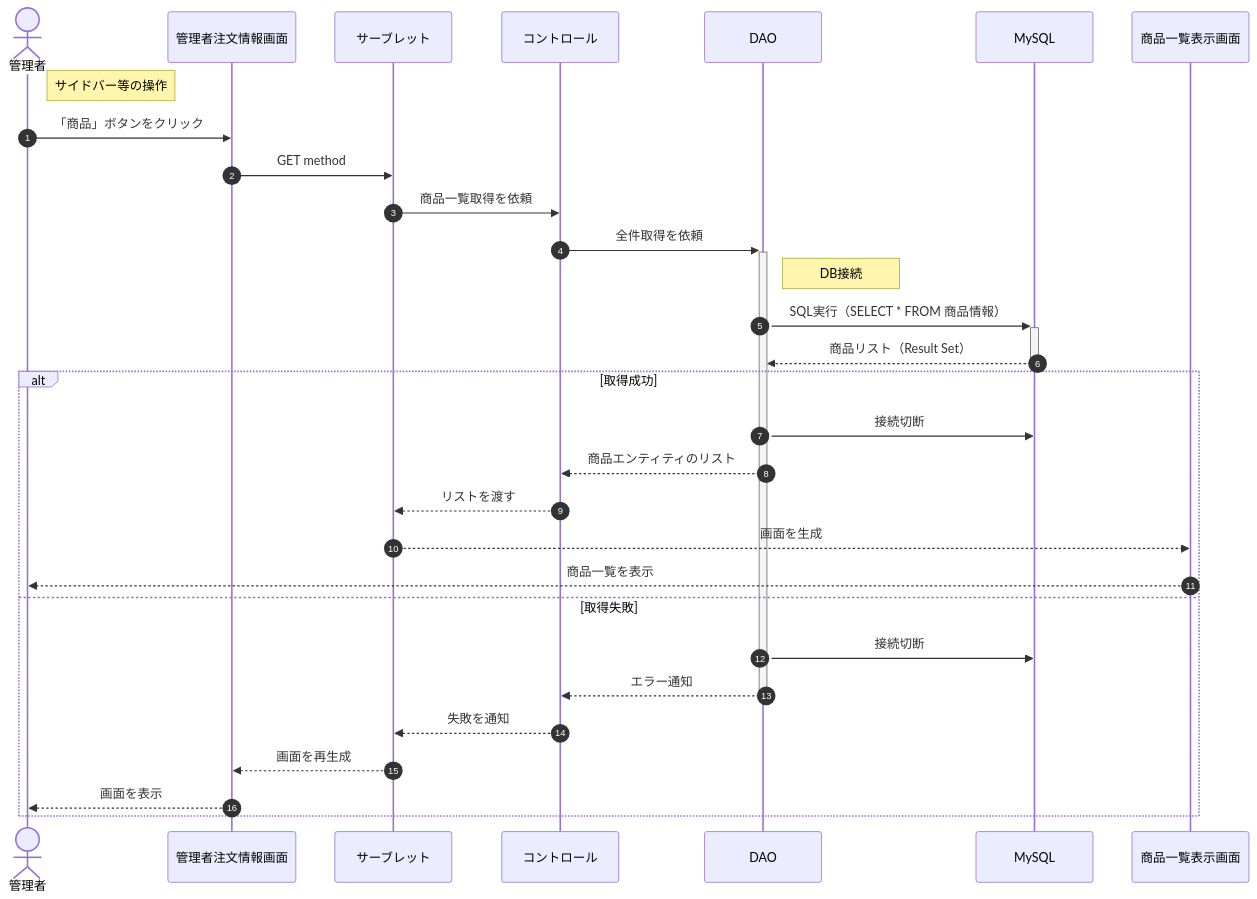
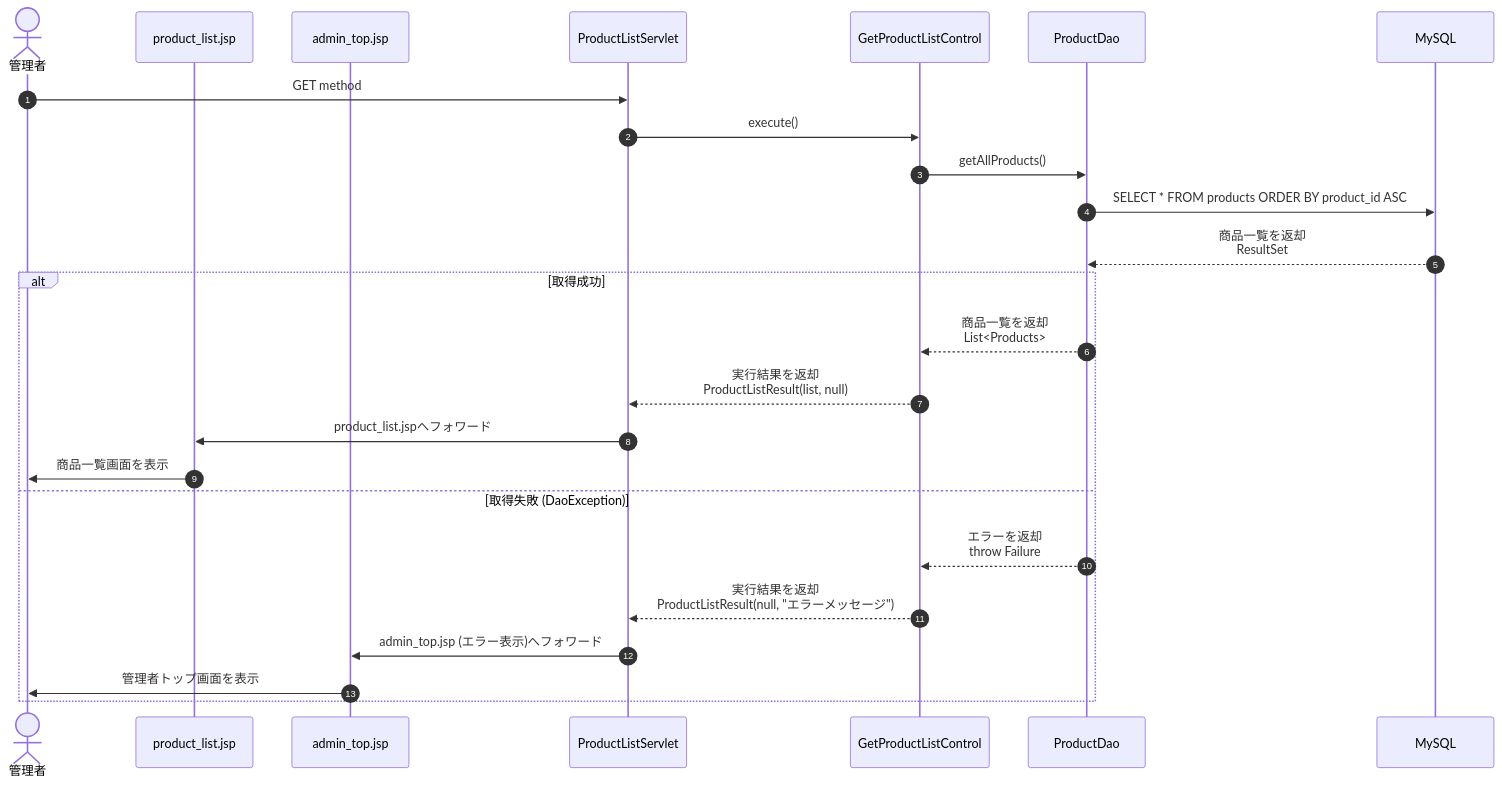
The fourth of 7 diagrams in docs/development/sequence-diagram/シーケンス図_version1.2.md (Medapizza1224/SE25G2-Test2), drawn with Mermaid before and after one commit. The commit also changed other lines of this file, not shown here.

Commit message:
シーケンス図インスペクション後修正1226

````diff
--- a/docs/development/sequence-diagram/シーケンス図_version1.2.md
+++ b/docs/development/sequence-diagram/シーケンス図_version1.2.md
@@ -254,33 +265,32 @@
 ```mermaid
 sequenceDiagram
-  actor 管理者
-  autonumber
-    Note right of 管理者: サイドバー等の操作
-    管理者 ->> 管理者注文情報画面 : 「商品」ボタンをクリック
-     
-    管理者注文情報画面 ->> サーブレット : GET method
+    autonumber
+    actor Admin as 管理者
+    participant ListJSP as product_list.jsp
+    participant TopJSP as admin_top.jsp
+    participant Servlet as ProductListServlet
+    participant Control as GetProductListControl
+    participant DAO as ProductDao
+    participant DB as MySQL
+
+    Admin->>Servlet: GET method
     
-    サーブレット ->> コントロール : 商品一覧取得を依頼
-    コントロール ->>+ DAO : 全件取得を依頼
+    Servlet->>Control: execute()
+    
+    Control->>DAO: getAllProducts()
+    DAO->>DB: SELECT * FROM products ORDER BY product_id ASC
+    DB-->>DAO:商品一覧を返却<br> ResultSet
+    
+    alt 取得成功
+        DAO-->>Control: 商品一覧を返却<br>List<Products>
+        Control-->>Servlet: 実行結果を返却<br>ProductListResult(list, null)
+        Servlet->>ListJSP: product_list.jspへフォワード
+        ListJSP->>Admin: 商品一覧画面を表示
+    else 取得失敗 (DaoException)
+        DAO-->>Control: エラーを返却<br>throw Failure
+        Control-->>Servlet: 実行結果を返却<br>ProductListResult(null, "エラーメッセージ")
+        Servlet->>TopJSP: admin_top.jsp (エラー表示)へフォワード
+        TopJSP->>Admin: 管理者トップ画面を表示
+    end
 
-    Note right of DAO : DB接続
-
-    DAO ->>+ MySQL : SQL実行（SELECT * FROM 商品情報）
-    MySQL -->>- DAO : 商品リスト（Result Set）
-
-    alt 取得成功
-        DAO ->> MySQL : 接続切断
-        DAO -->> コントロール : 商品エンティティのリスト
-        
-        コントロール -->> サーブレット : リストを渡す
-        サーブレット -->> 商品一覧表示画面 : 画面を生成
-        商品一覧表示画面 -->> 管理者 : 商品一覧を表示
-    else 取得失敗
-        DAO ->> MySQL : 接続切断
-        DAO -->>- コントロール : エラー通知
-        
-        コントロール -->> サーブレット : 失敗を通知
-        サーブレット -->> 管理者注文情報画面 : 画面を再生成
-        管理者注文情報画面 -->> 管理者 : 画面を表示
-    end
 ```
````
